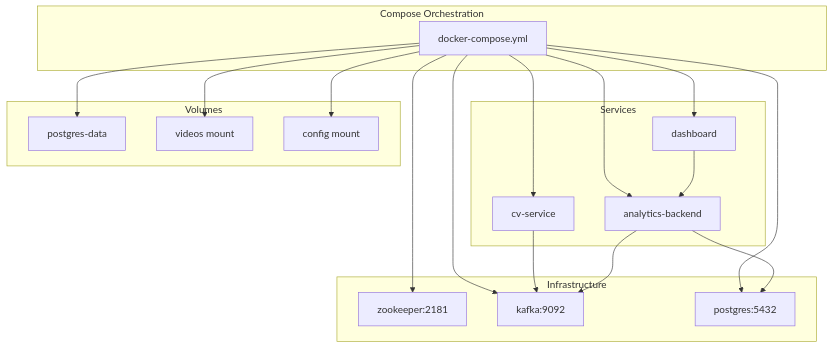
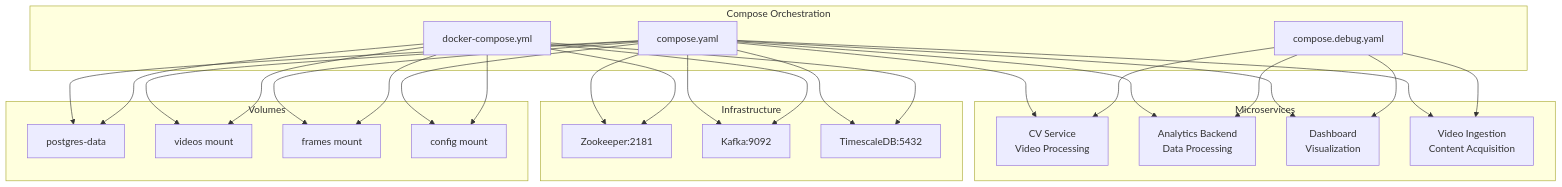
Before and after one commit to Azzoz-189/construction-equipment-monitoring: the first of 3 diagrams in .qoder/repowiki/en/content/Deployment Guide.md, drawn with Mermaid. The commit also changed other lines of this file and 6 other files, not shown here.

````diff
--- a/.qoder/repowiki/en/content/Deployment Guide.md
+++ b/.qoder/repowiki/en/content/Deployment Guide.md
@@ -42,34 +65,47 @@
 ```mermaid
 graph TB
 subgraph "Compose Orchestration"
+CY["compose.yaml"]
+CD["compose.debug.yaml"]
 DC["docker-compose.yml"]
 end
-subgraph "Services"
-CV["cv-service"]
-AB["analytics-backend"]
-DB["dashboard"]
+subgraph "Microservices"
+CV["CV Service<br/>Video Processing"]
+AB["Analytics Backend<br/>Data Processing"]
+DB["Dashboard<br/>Visualization"]
+VI["Video Ingestion<br/>Content Acquisition"]
 end
 subgraph "Infrastructure"
-ZK["zookeeper:2181"]
-KF["kafka:9092"]
-PG["postgres:5432"]
+ZK["Zookeeper:2181"]
+KF["Kafka:9092"]
+PG["TimescaleDB:5432"]
 end
 subgraph "Volumes"
 V1["postgres-data"]
 V2["videos mount"]
-V3["config mount"]
+V3["frames mount"]
+V4["config mount"]
 end
-DC --> CV
-DC --> AB
-DC --> DB
+CY --> CV
+CY --> AB
+CY --> DB
+CY --> VI
+CY --> ZK
+CY --> KF
+CY --> PG
+CY --> V1
+CY --> V2
+CY --> V3
+CY --> V4
+CD --> CV
+CD --> AB
+CD --> DB
+CD --> VI
 DC --> ZK
 DC --> KF
 DC --> PG
 DC --> V1
 DC --> V2
 DC --> V3
-CV --> KF
-AB --> KF
-AB --> PG
-DB --> AB
+DC --> V4
 ```
````
